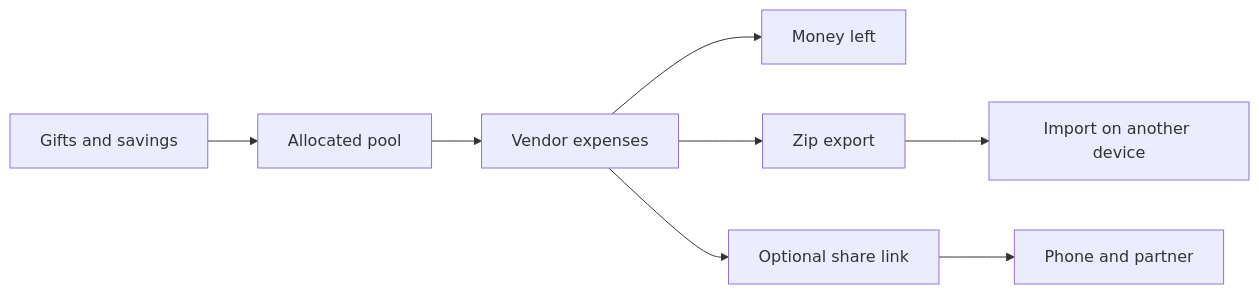
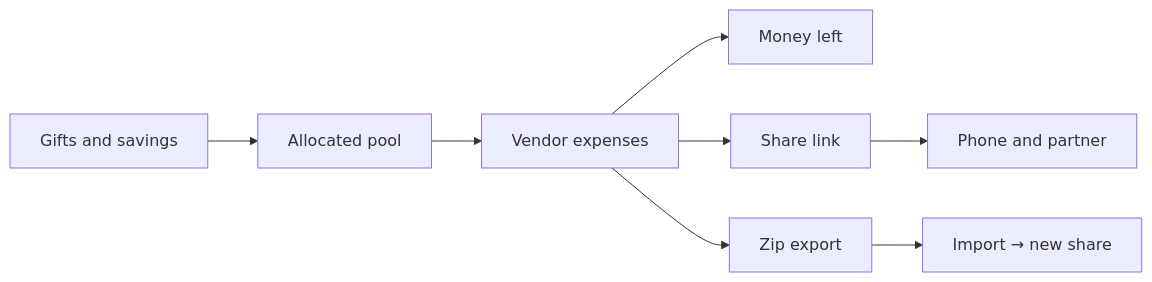
Before and after one commit to smeltery/trousseau: the diagram in docs/how-it-works.md, drawn with Mermaid. The commit also changed other lines of this file and 15 other files, not shown here.

````diff
--- a/docs/how-it-works.md
+++ b/docs/how-it-works.md
@@ -7,10 +7,10 @@
 ```mermaid
 flowchart LR
   gifts["Gifts and savings"] --> pool["Allocated pool"]
   pool --> expenses["Vendor expenses"]
   expenses --> remaining["Money left"]
+  expenses --> share["Share link"]
+  share --> devices["Phone and partner"]
   expenses --> backup["Zip export"]
-  backup --> import["Import on another device"]
-  expenses --> share["Optional share link"]
-  share --> devices["Phone and partner"]
+  backup --> import["Import → new share"]
 ```
````
